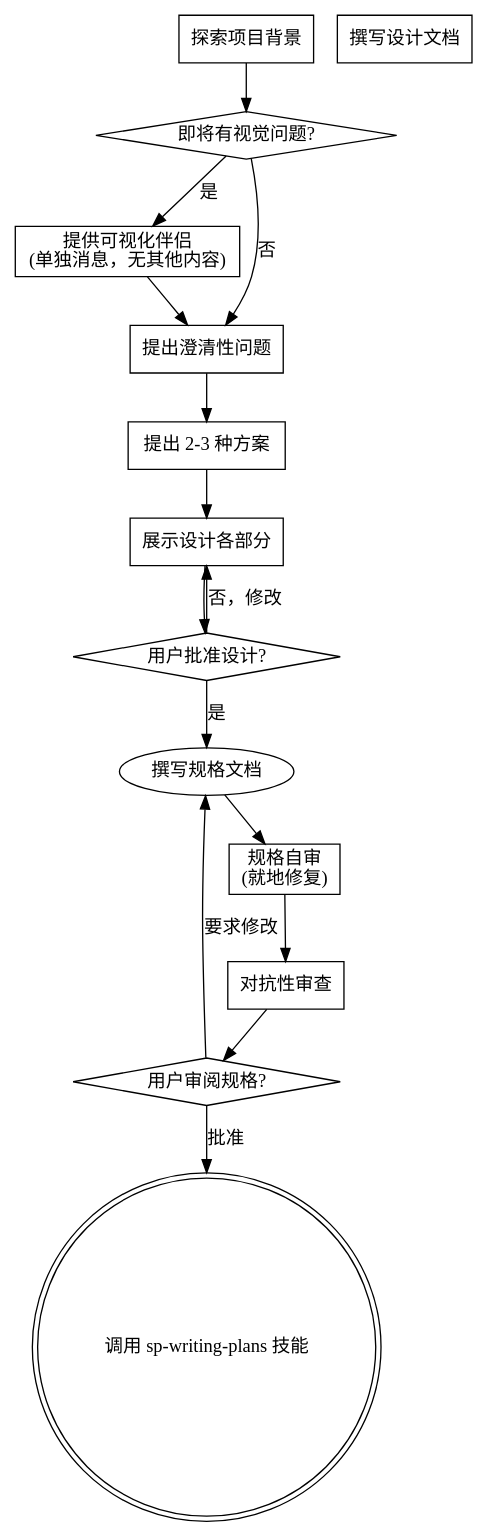
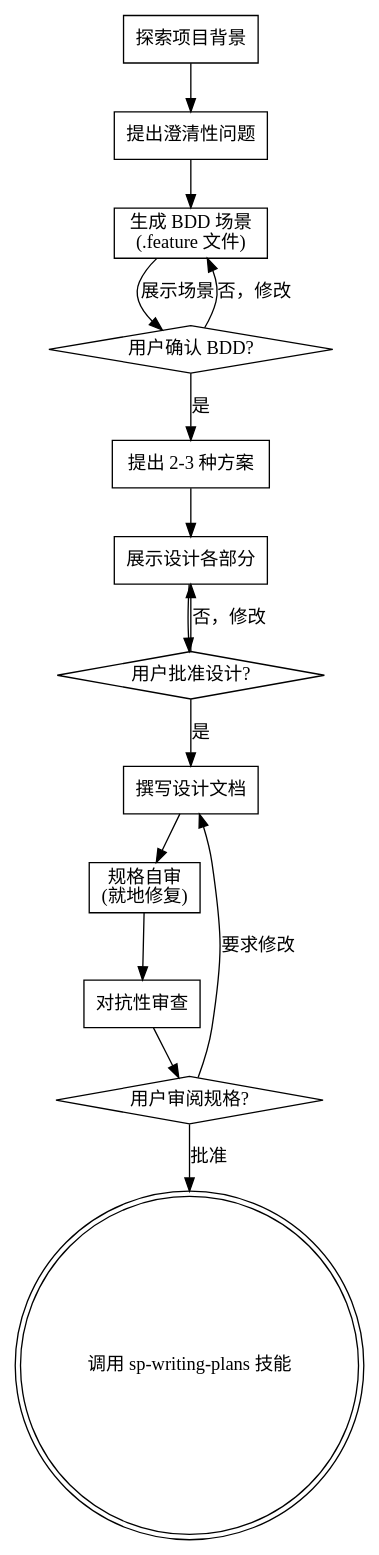
The diagram in .claude/skills/sp-brainstorming/SKILL.md (shf0615/comm_route_new), drawn with Graphviz before and after one commit. The commit also changed other lines of this file, not shown here.

````diff
--- a/.claude/skills/sp-brainstorming/SKILL.md
+++ b/.claude/skills/sp-brainstorming/SKILL.md
@@ -37,31 +37,31 @@
 ```dot
 digraph brainstorming {
     "探索项目背景" [shape=box];
-    "即将有视觉问题?" [shape=diamond];
-    "提供可视化伴侣\n(单独消息，无其他内容)" [shape=box];
     "提出澄清性问题" [shape=box];
+    "生成 BDD 场景\n(.feature 文件)" [shape=box];
+    "用户确认 BDD?" [shape=diamond];
     "提出 2-3 种方案" [shape=box];
     "展示设计各部分" [shape=box];
     "用户批准设计?" [shape=diamond];
     "撰写设计文档" [shape=box];
     "规格自审\n(就地修复)" [shape=box];
     "对抗性审查" [shape=box];
     "用户审阅规格?" [shape=diamond];
     "调用 sp-writing-plans 技能" [shape=doublecircle];
 
-    "探索项目背景" -> "即将有视觉问题?";
-    "即将有视觉问题?" -> "提供可视化伴侣\n(单独消息，无其他内容)" [label="是"];
-    "即将有视觉问题?" -> "提出澄清性问题" [label="否"];
-    "提供可视化伴侣\n(单独消息，无其他内容)" -> "提出澄清性问题";
-    "提出澄清性问题" -> "提出 2-3 种方案";
+    "探索项目背景" -> "提出澄清性问题";
+    "提出澄清性问题" -> "生成 BDD 场景\n(.feature 文件)";
+    "生成 BDD 场景\n(.feature 文件)" -> "用户确认 BDD?" [label="展示场景"];
+    "用户确认 BDD?" -> "生成 BDD 场景\n(.feature 文件)" [label="否，修改"];
+    "用户确认 BDD?" -> "提出 2-3 种方案" [label="是"];
     "提出 2-3 种方案" -> "展示设计各部分";
     "展示设计各部分" -> "用户批准设计?";
     "用户批准设计?" -> "展示设计各部分" [label="否，修改"];
-    "用户批准设计?" -> "撰写规格文档" [label="是"];
-    "撰写规格文档" -> "规格自审\n(就地修复)";
+    "用户批准设计?" -> "撰写设计文档" [label="是"];
+    "撰写设计文档" -> "规格自审\n(就地修复)";
     "规格自审\n(就地修复)" -> "对抗性审查";
     "对抗性审查" -> "用户审阅规格?";
-    "用户审阅规格?" -> "撰写规格文档" [label="要求修改"];
+    "用户审阅规格?" -> "撰写设计文档" [label="要求修改"];
     "用户审阅规格?" -> "调用 sp-writing-plans 技能" [label="批准"];
 }
 ```
````
